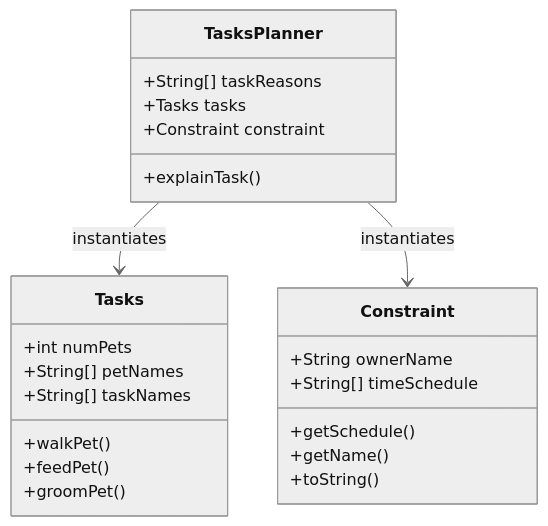
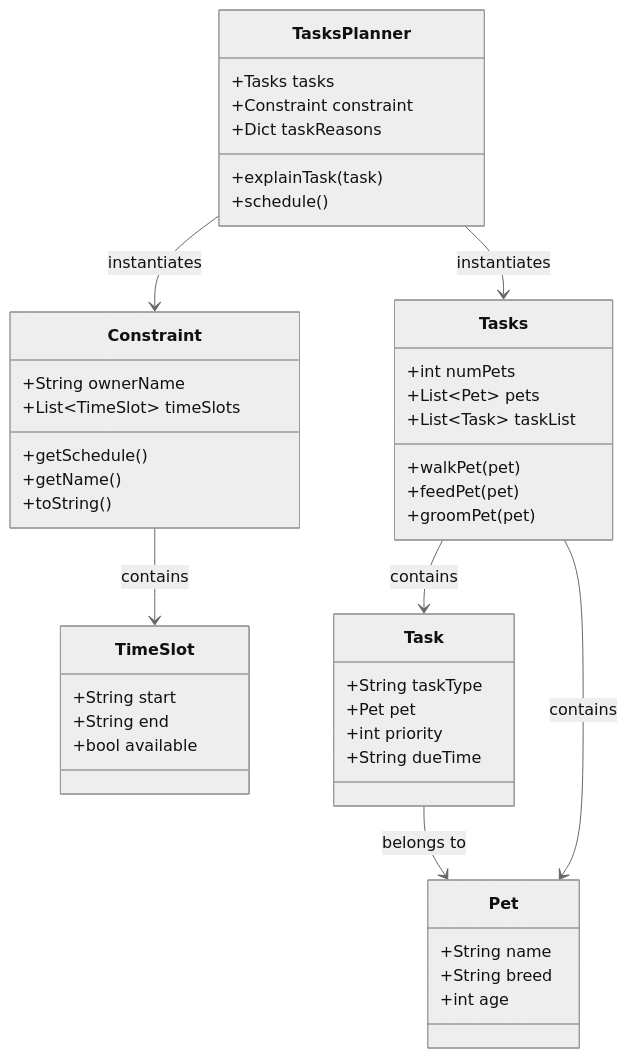
The diagram in reflection.md (jialis3-2133498/ai110-module2show-pawpal-starter), drawn with Mermaid (neutral theme) before and after one commit. The commit also changed 1 other file, not shown here.

Commit message:
Update Design changes

````diff
--- a/reflection.md
+++ b/reflection.md
@@ -20,29 +20,53 @@
 ```mermaid
 classDiagram
+    class Pet {
+        +String name
+        +String breed
+        +int age
+    }
+
+    class TimeSlot {
+        +String start
+        +String end
+        +bool available
+    }
+
+    class Task {
+        +String taskType
+        +Pet pet
+        +int priority
+        +String dueTime
+    }
+
     class Tasks {
         +int numPets
-        +String[] petNames
-        +String[] taskNames
-        +walkPet()
-        +feedPet()
-        +groomPet()
+        +List~Pet~ pets
+        +List~Task~ taskList
+        +walkPet(pet)
+        +feedPet(pet)
+        +groomPet(pet)
     }
 
     class Constraint {
         +String ownerName
-        +String[] timeSchedule
+        +List~TimeSlot~ timeSlots
         +getSchedule()
         +getName()
         +toString()
     }
 
     class TasksPlanner {
-        +String[] taskReasons
         +Tasks tasks
         +Constraint constraint
-        +explainTask()
+        +Dict taskReasons
+        +explainTask(task)
+        +schedule()
     }
 
+    Task --> Pet : belongs to
+    Tasks --> Pet : contains
+    Tasks --> Task : contains
+    Constraint --> TimeSlot : contains
     TasksPlanner --> Tasks : instantiates
     TasksPlanner --> Constraint : instantiates
 ```
````
